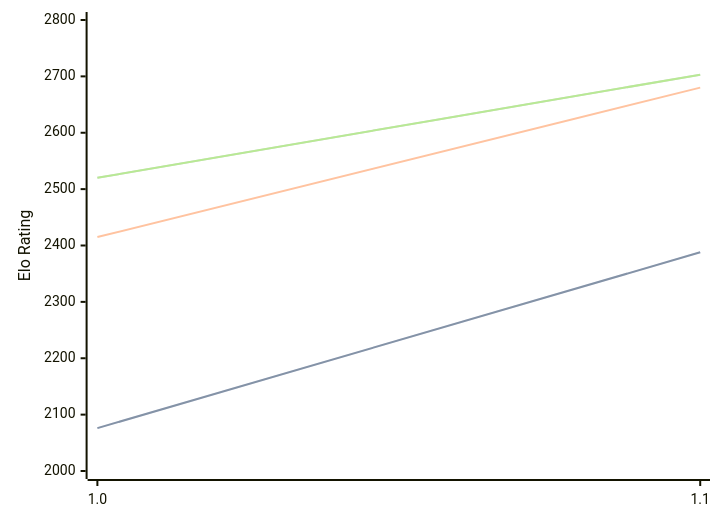
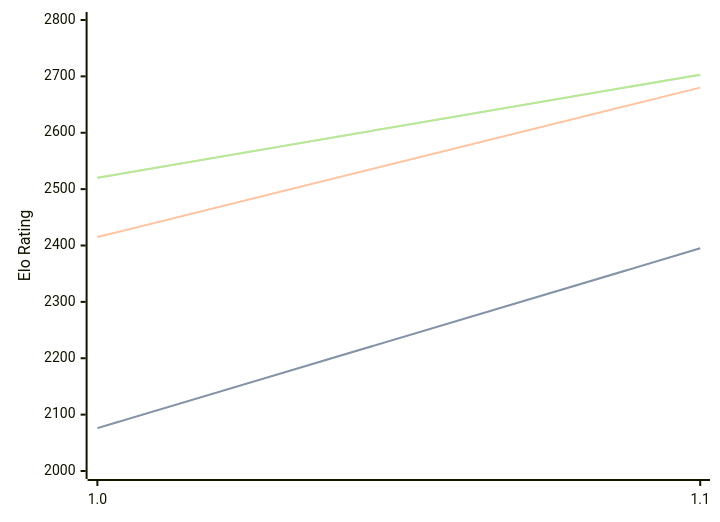
One commit to computer-chess-index/cci changed the diagram in engines/Erinn.md. Above: the diagram before and after it, drawn with Mermaid. The commit also changed other lines of this file, not shown here.

````diff
--- a/engines/Erinn.md
+++ b/engines/Erinn.md
@@ -32,11 +32,11 @@
 ```mermaid
 %%{init: {"theme":"base","themeVariables":{"seriesColors:['#a3a3a3','#222221','#faa371']}}}%%
 xychart-beta
   x-axis ["1.0", "1.1"]
   y-axis "Elo Rating" 2000 --> 2800
-  line "STC (8.0+0.08s)" [2076, 2388]
-  line "STC (8.0+0.08s)" [2076, 2388]
+  line "STC (8.0+0.08s)" [2076, 2395]
+  line "STC (8.0+0.08s)" [2076, 2395]
   line "LTC (60.0+0.60s)" [2415, 2680]
   line "VLTC (2m24s+1.12s)" [2520, 2703]
   line "VLTC (2m24s+1.12s)" [2520, 2703]
 ```
````
